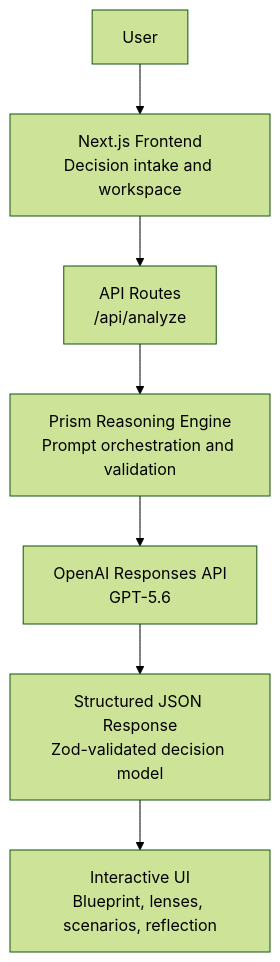
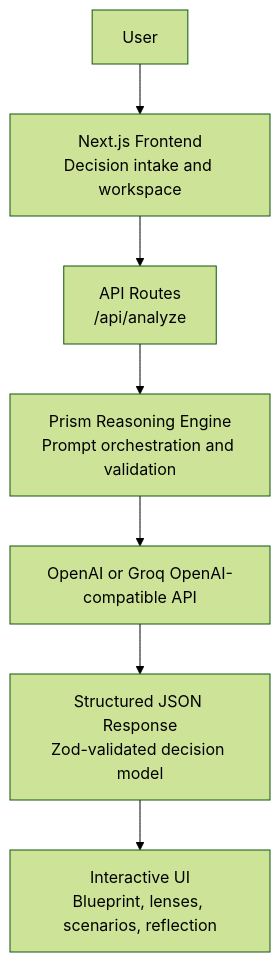
Before and after one commit to Chitti-The-ROBO9/Prism: the first of 2 diagrams in README.md, drawn with Mermaid (forest theme). The commit also changed other lines of this file and 7 other files, not shown here.

````diff
--- a/README.md
+++ b/README.md
@@ -51,17 +51,17 @@
 ```mermaid
 flowchart TD
     user[User]
     frontend[Next.js Frontend<br/>Decision intake and workspace]
     api[API Routes<br/>/api/analyze]
     engine[Prism Reasoning Engine<br/>Prompt orchestration and validation]
-    openai[OpenAI Responses API<br/>GPT-5.6]
+    openai[OpenAI or Groq OpenAI-compatible API]
     json[Structured JSON Response<br/>Zod-validated decision model]
     ui[Interactive UI<br/>Blueprint, lenses, scenarios, reflection]
 
     user --> frontend
     frontend --> api
     api --> engine
     engine --> openai
     openai --> json
     json --> ui
 ```
````
